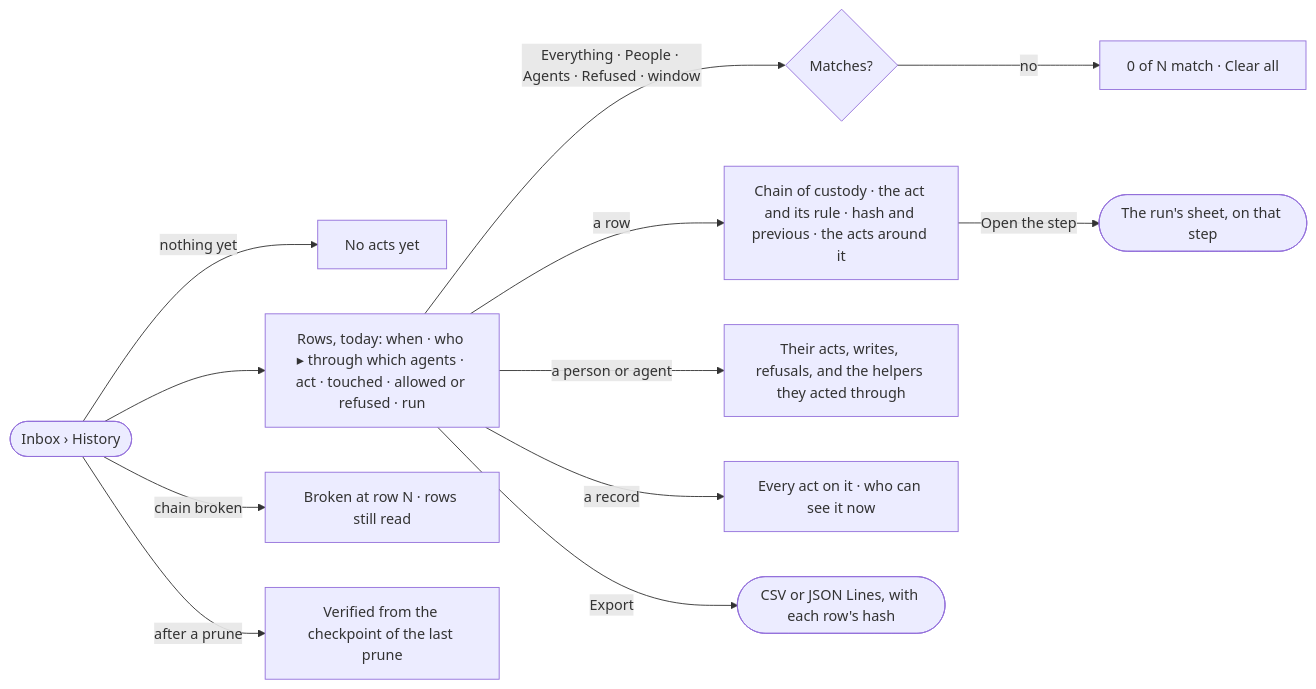
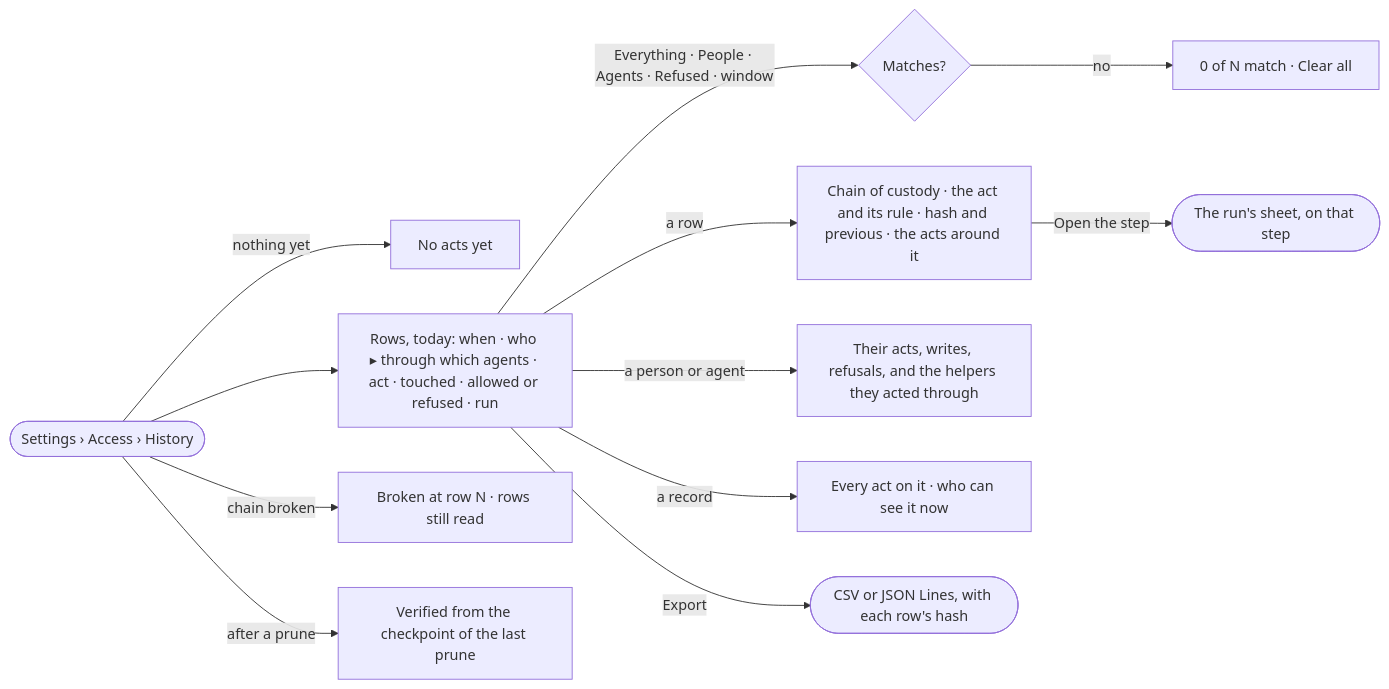
Before and after one commit to invana/invana: the diagram in specs/os/access/features/AC-F06-history/stories/AC-16-read-what-people-and-agents-did-and-prove-it/story.md, drawn with Mermaid. The commit also changed 106 other files, not shown here.

````diff
--- a/specs/os/access/features/AC-F06-history/stories/AC-16-read-what-people-and-agents-did-and-prove-it/story.md
+++ b/specs/os/access/features/AC-F06-history/stories/AC-16-read-what-people-and-agents-did-and-prove-it/story.md
@@ -27,14 +27,14 @@
 ```mermaid
 flowchart LR
-  s([Inbox › History]) -->|nothing yet| e["No acts yet"]
+  s([Settings › Access › History]) -->|nothing yet| e["No acts yet"]
   s --> r["Rows, today: when · who ▸ through which agents · act · touched · allowed or refused · run"]
   r -->|Everything · People · Agents · Refused · window| f{"Matches?"}
   f -->|no| z["0 of N match · Clear all"]
   r -->|a row| d["Chain of custody · the act and its rule · hash and previous · the acts around it"]
   d -->|Open the step| run(["The run's sheet, on that step"])
   r -->|a person or agent| a["Their acts, writes, refusals, and the helpers they acted through"]
   r -->|a record| rec["Every act on it · who can see it now"]
   r -->|Export| x(["CSV or JSON Lines, with each row's hash"])
   s -->|chain broken| b["Broken at row N · rows still read"]
   s -->|after a prune| cp["Verified from the checkpoint of the last prune"]
 ```
````
